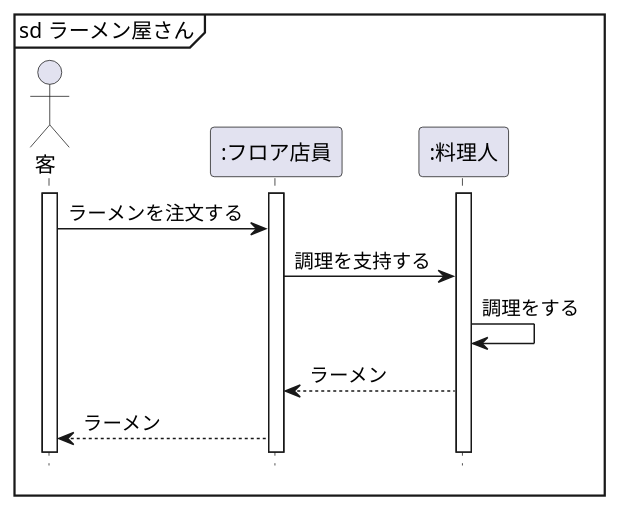
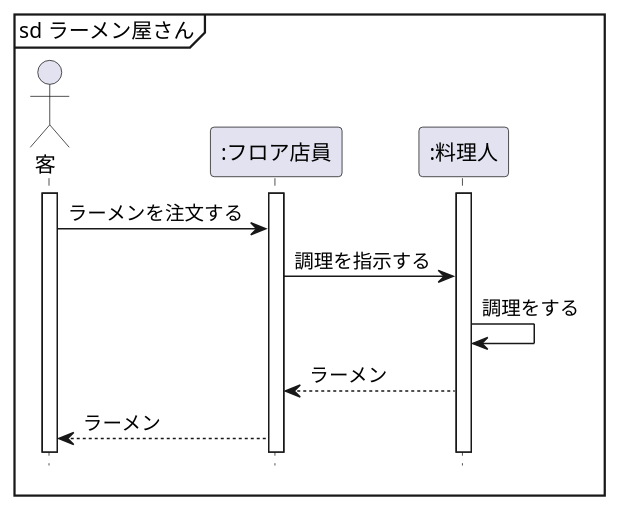
One commit to eiki4221113/uml_introdaction changed the diagram in 第4章/演習4-1_SD_ラーメン屋さんでの注文.pu. Above: the diagram before and after it, drawn with PlantUML.

Commit message:
支持→指示

```diff
--- a/第4章/演習4-1_SD_ラーメン屋さんでの注文.pu
+++ b/第4章/演習4-1_SD_ラーメン屋さんでの注文.pu
@@ -1,20 +1,20 @@
 @startuml 演習4-1
     hide footbox
     Actor 客 as customer
     participant ":フロア店員" as floar
     participant ":料理人" as cooker
 
     mainframe sd ラーメン屋さん
     activate  customer
             activate floar
                 activate cooker
         customer -> floar : ラーメンを注文する
 
-        floar -> cooker : 調理を支持する
+        floar -> cooker : 調理を指示する
 
             cooker -> cooker : 調理をする
 
         floar <-- cooker : ラーメン
 
         customer <-- floar : ラーメン
 @enduml
```
